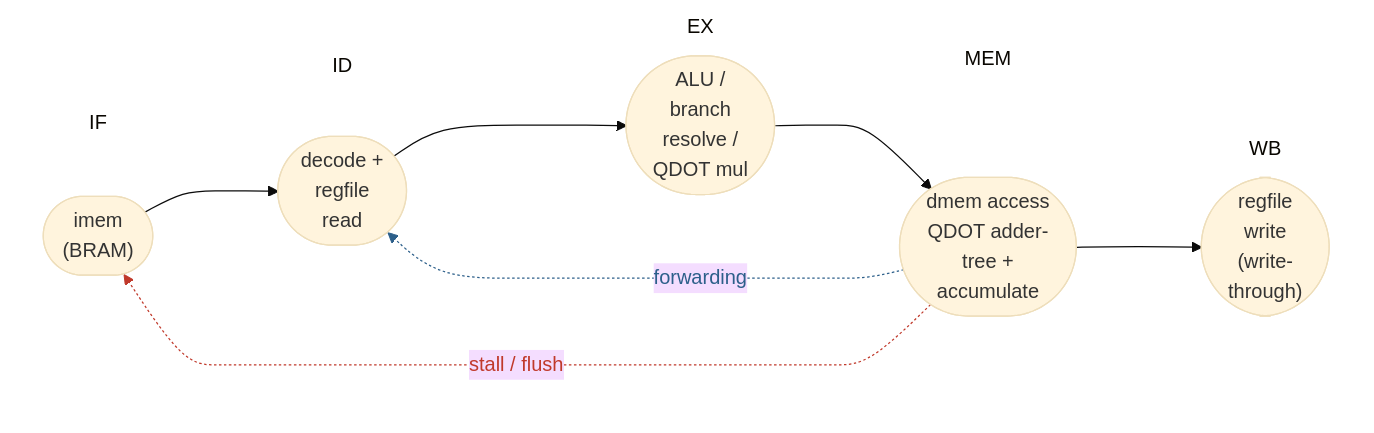
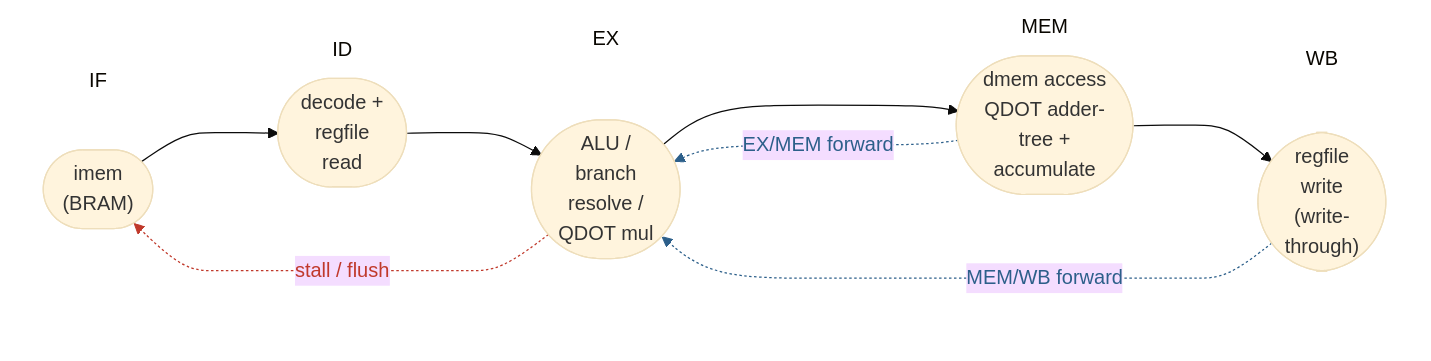
Before and after one commit to Sanjayarasu-M/RISC-V: the diagram in README.md, drawn with Mermaid (base theme).

Commit message:
docs: fix pipeline diagram to match actual forwarding/stall sources
The previous diagram (matching a user-supplied reference image) showed
a single "forwarding" arrow from MEM into ID and "stall/flush" from
MEM into IF. Neither matches rtl/cpu_core.v:

- Forwarding targets EX, not ID (fwd_a/fwd_b/fwd_c muxes, lines
  436-472, feed EX's ALU/branch/QDOT-multiply inputs -- ID never sees
  forwarded data). It's also two separate paths, not one:
  ex_mem_fwd_valid (line 433, EX/MEM register) and mem_wb_fwd_valid
  (line 434, MEM/WB register), both into EX.
- hazard_stall (line 377) and flush_ex (line 499) are both generated
  in/around EX (id_ex_is_load/qdot4/qdot8 and branch_taken_ex,
  respectively), not MEM.

Diagram now shows MEM->EX and WB->EX forwarding, and EX->IF stall/
flush -- matching the bullet list already below it, which was already
correct.

````diff
--- a/README.md
+++ b/README.md
@@ -112,31 +112,33 @@
 ```mermaid
 flowchart LR
     subgraph IF [IF]
         n1(["imem<br/>(BRAM)"])
     end
     subgraph ID [ID]
         n2(["decode +<br/>regfile<br/>read"])
     end
     subgraph EX [EX]
         n3(["ALU /<br/>branch<br/>resolve /<br/>QDOT mul"])
     end
     subgraph MEM [MEM]
         n4(["dmem access<br/>QDOT adder-<br/>tree +<br/>accumulate"])
     end
     subgraph WB [WB]
         n5(["regfile<br/>write<br/>(write-<br/>through)"])
     end
 
     n1 --> n2 --> n3 --> n4 --> n5
-    n4 -. forwarding .-> n2
-    n4 -. "stall / flush" .-> n1
+    n4 -. "EX/MEM forward" .-> n3
+    n5 -. "MEM/WB forward" .-> n3
+    n3 -. "stall / flush" .-> n1
 
     style IF fill:none,stroke:none
     style ID fill:none,stroke:none
     style EX fill:none,stroke:none
     style MEM fill:none,stroke:none
     style WB fill:none,stroke:none
 
     linkStyle 4 stroke:#2c5f8a,color:#2c5f8a
-    linkStyle 5 stroke:#c0392b,color:#c0392b
+    linkStyle 5 stroke:#2c5f8a,color:#2c5f8a
+    linkStyle 6 stroke:#c0392b,color:#c0392b
 ```
````
